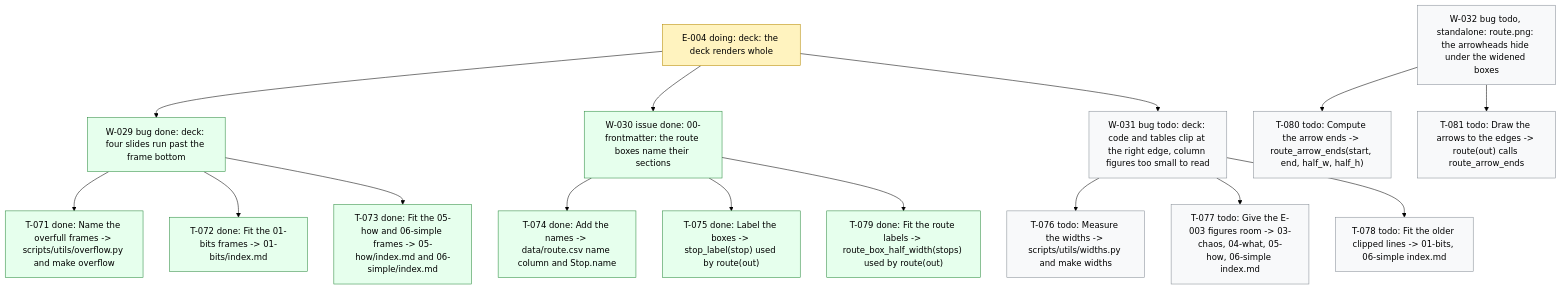
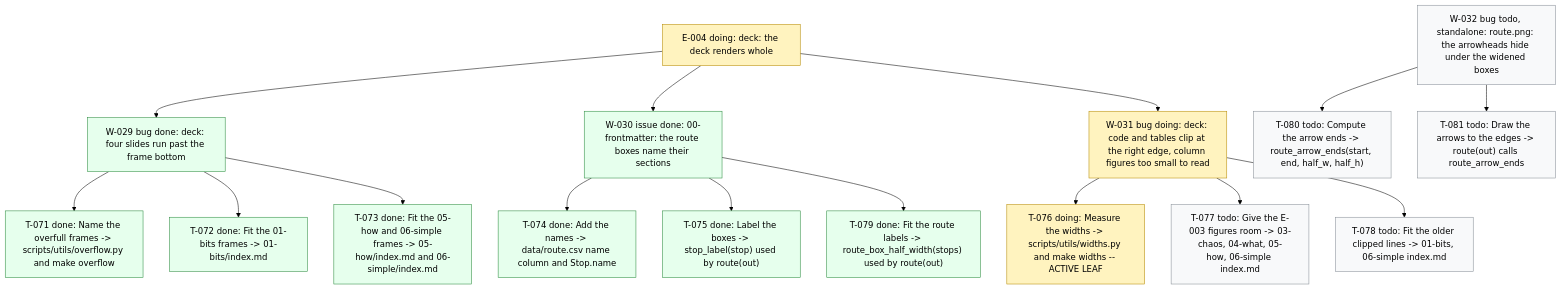
One commit to dpopchev/chaos-to-simple changed the diagram in .board/BOARD.md. Above: the diagram before and after it, drawn with Mermaid (forest theme). The commit also changed other lines of this file and 2 other files, not shown here.

Commit message:
chore(board): activate W-031, start T-076
Refs: W-031 T-076

````diff
--- a/.board/BOARD.md
+++ b/.board/BOARD.md
@@ -194,27 +194,27 @@
 ```mermaid
 flowchart TD
   E004["E-004 doing: deck: the deck renders whole"]
   E004 --> W029["W-029 bug done: deck: four slides run past the frame bottom"]
   W029 --> T071["T-071 done: Name the overfull frames -> scripts/utils/overflow.py and make overflow"]
   W029 --> T072["T-072 done: Fit the 01-bits frames -> 01-bits/index.md"]
   W029 --> T073["T-073 done: Fit the 05-how and 06-simple frames -> 05-how/index.md and 06-simple/index.md"]
   E004 --> W030["W-030 issue done: 00-frontmatter: the route boxes name their sections"]
   W030 --> T074["T-074 done: Add the names -> data/route.csv name column and Stop.name"]
   W030 --> T075["T-075 done: Label the boxes -> stop_label(stop) used by route(out)"]
   W030 --> T079["T-079 done: Fit the route labels -> route_box_half_width(stops) used by route(out)"]
-  E004 --> W031["W-031 bug todo: deck: code and tables clip at the right edge, column figures too small to read"]
-  W031 --> T076["T-076 todo: Measure the widths -> scripts/utils/widths.py and make widths"]
+  E004 --> W031["W-031 bug doing: deck: code and tables clip at the right edge, column figures too small to read"]
+  W031 --> T076["T-076 doing: Measure the widths -> scripts/utils/widths.py and make widths -- ACTIVE LEAF"]
   W031 --> T077["T-077 todo: Give the E-003 figures room -> 03-chaos, 04-what, 05-how, 06-simple index.md"]
   W031 --> T078["T-078 todo: Fit the older clipped lines -> 01-bits, 06-simple index.md"]
   W032["W-032 bug todo, standalone: route.png: the arrowheads hide under the widened boxes"]
   W032 --> T080["T-080 todo: Compute the arrow ends -> route_arrow_ends(start, end, half_w, half_h)"]
   W032 --> T081["T-081 todo: Draw the arrows to the edges -> route(out) calls route_arrow_ends"]
   classDef doing fill:#fff3bf,stroke:#b58900,color:#000;
   classDef blocked fill:#ffe3e3,stroke:#c92a2a,color:#000;
   classDef done fill:#e6ffed,stroke:#2b8a3e,color:#000;
   classDef todo fill:#f8f9fa,stroke:#868e96,color:#000;
   classDef pruned fill:#f1f3f5,stroke:#adb5bd,color:#000;
-  class E004 doing
+  class E004,W031,T076 doing
   class W029,T071,T072,T073,W030,T074,T075,T079 done
-  class W031,T076,T077,T078,W032,T080,T081 todo
+  class T077,T078,W032,T080,T081 todo
 ```
````
